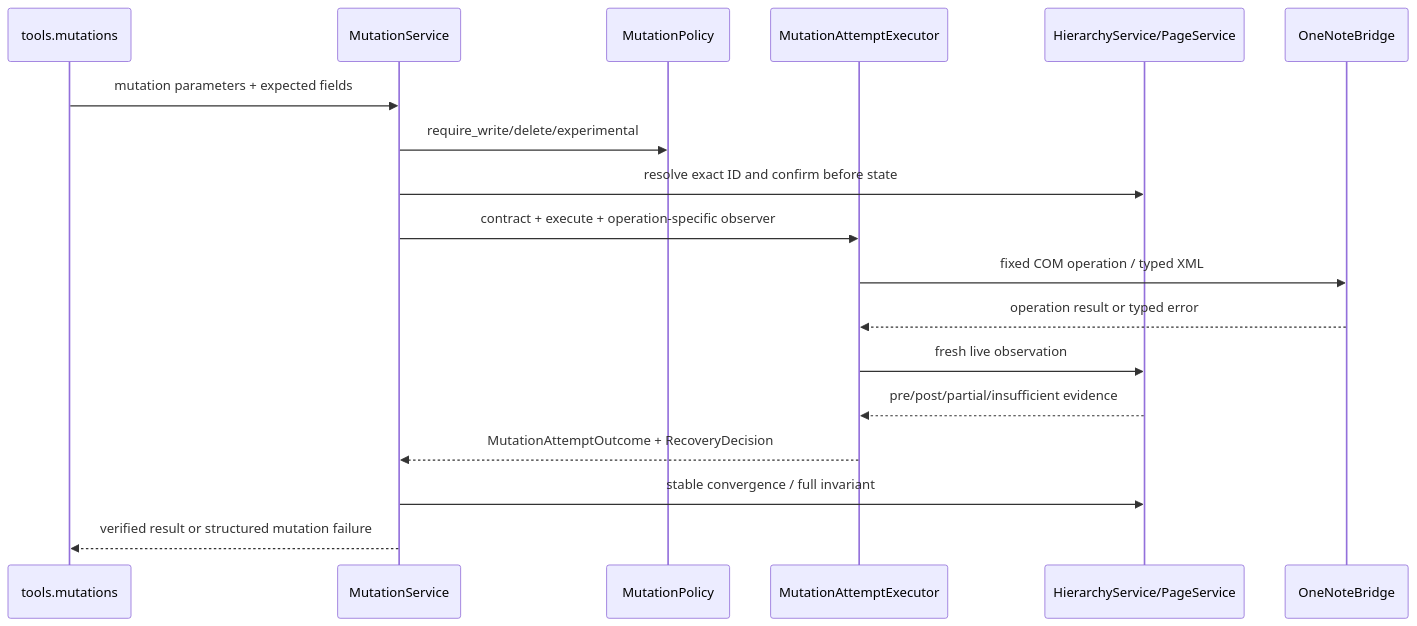
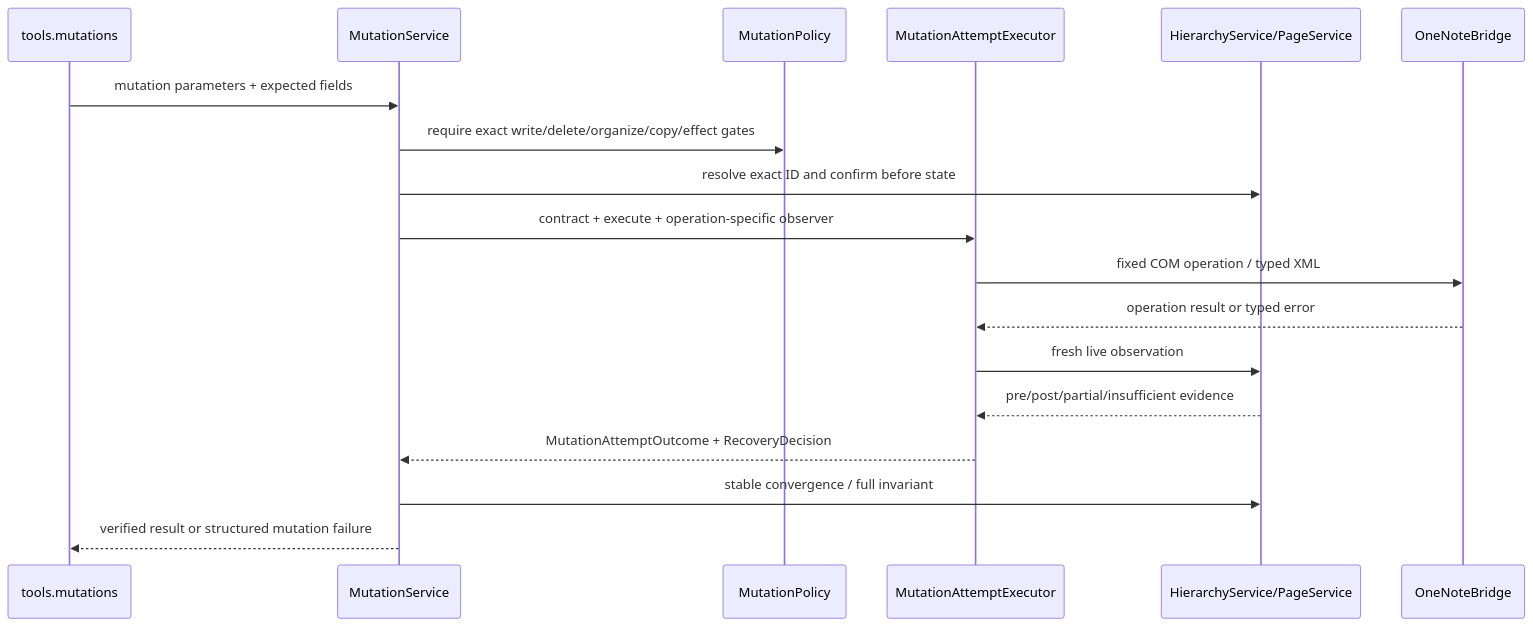
The sixth of 6 diagrams in docs/design/architecture.md (Kaomsos/onenote-com-mcp), drawn with Mermaid before and after one commit. The commit also changed other lines of this file and 77 other files, not shown here.

````diff
--- a/docs/design/architecture.md
+++ b/docs/design/architecture.md
@@ -378,21 +381,21 @@
 ```mermaid
 sequenceDiagram
     participant T as tools.mutations
     participant M as MutationService
     participant P as MutationPolicy
     participant C as MutationAttemptExecutor
     participant H as HierarchyService/PageService
     participant B as OneNoteBridge
 
     T->>M: mutation parameters + expected fields
-    M->>P: require_write/delete/experimental
+    M->>P: require exact write/delete/organize/copy/effect gates
     M->>H: resolve exact ID and confirm before state
     M->>C: contract + execute + operation-specific observer
     C->>B: fixed COM operation / typed XML
     B-->>C: operation result or typed error
     C->>H: fresh live observation
     H-->>C: pre/post/partial/insufficient evidence
     C-->>M: MutationAttemptOutcome + RecoveryDecision
     M->>H: stable convergence / full invariant
     M-->>T: verified result or structured mutation failure
 ```
````
